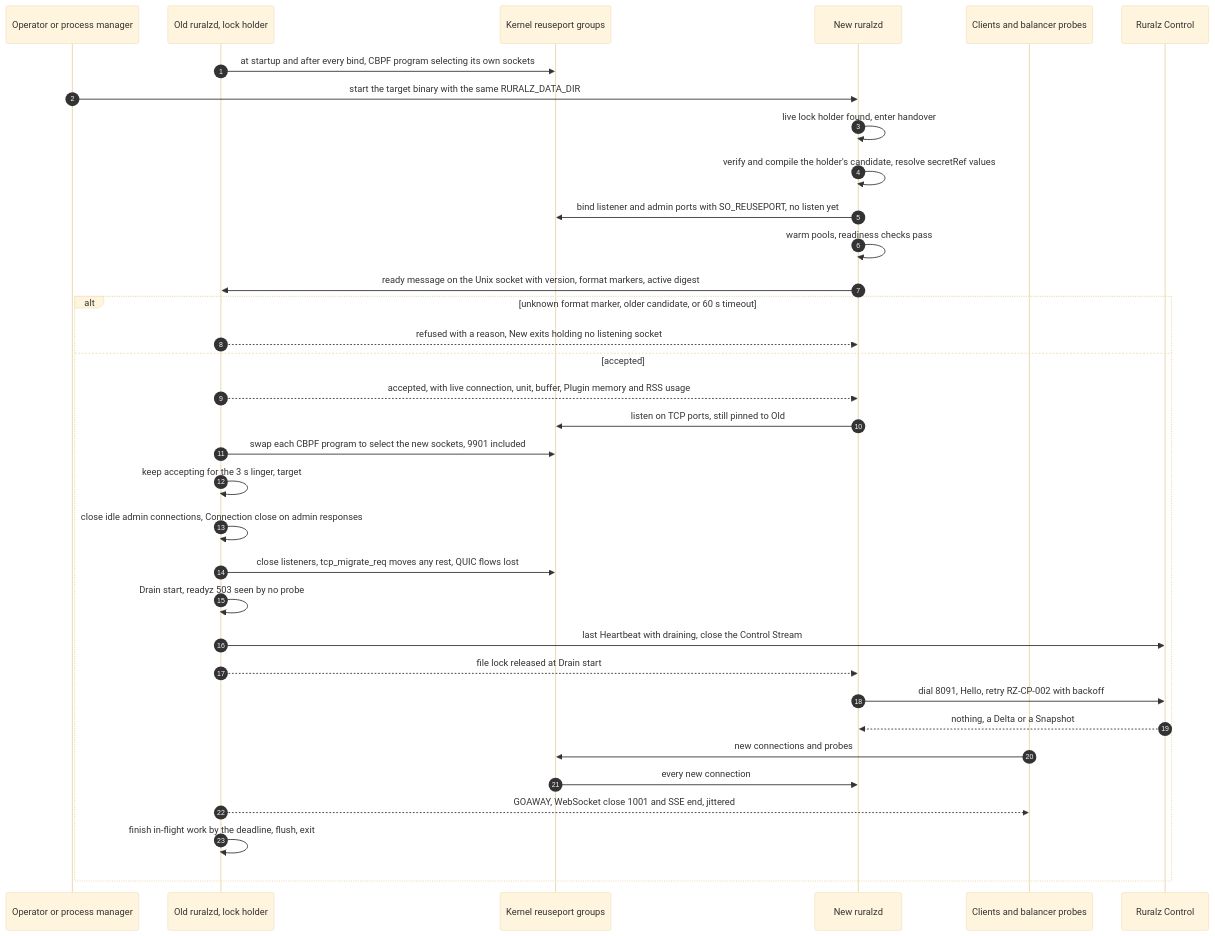
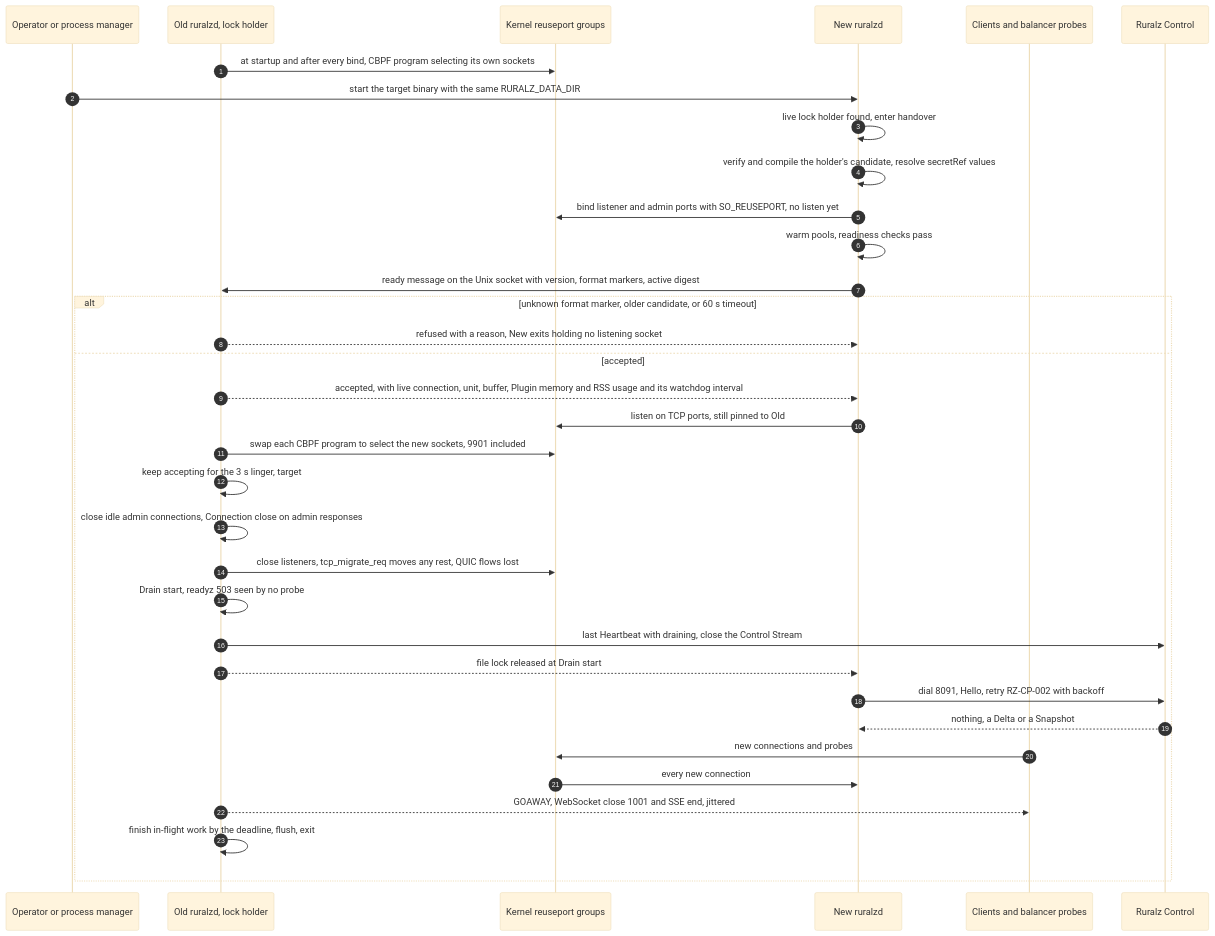
One commit to ravindu-rev/ruralz changed the first of 4 diagrams in docs/operations/02-zero-downtime-upgrades-and-hot-reload.md. Above: the diagram before and after it, drawn with Mermaid (base theme). The commit also changed other lines of this file, not shown here.

First line of the commit message:
docs(zero-downtime-upgrades-and-hot-reload): send the holder's watchdog interval in accepted

````diff
--- a/docs/operations/02-zero-downtime-upgrades-and-hot-reload.md
+++ b/docs/operations/02-zero-downtime-upgrades-and-hot-reload.md
@@ -128,36 +128,36 @@
 ```mermaid
 sequenceDiagram
     autonumber
     participant PM as Operator or process manager
     participant Old as Old ruralzd, lock holder
     participant K as Kernel reuseport groups
     participant New as New ruralzd
     participant C as Clients and balancer probes
     participant CT as Ruralz Control
     Old->>K: at startup and after every bind, CBPF program selecting its own sockets
     PM->>New: start the target binary with the same RURALZ_DATA_DIR
     New->>New: live lock holder found, enter handover
     New->>New: verify and compile the holder's candidate, resolve secretRef values
     New->>K: bind listener and admin ports with SO_REUSEPORT, no listen yet
     New->>New: warm pools, readiness checks pass
     New->>Old: ready message on the Unix socket with version, format markers, active digest
     alt unknown format marker, older candidate, or 60 s timeout
         Old-->>New: refused with a reason, New exits holding no listening socket
     else accepted
-        Old-->>New: accepted, with live connection, unit, buffer, Plugin memory and RSS usage
+        Old-->>New: accepted, with live connection, unit, buffer, Plugin memory and RSS usage and its watchdog interval
         New->>K: listen on TCP ports, still pinned to Old
         Old->>K: swap each CBPF program to select the new sockets, 9901 included
         Old->>Old: keep accepting for the 3 s linger, target
         Old->>Old: close idle admin connections, Connection close on admin responses
         Old->>K: close listeners, tcp_migrate_req moves any rest, QUIC flows lost
         Old->>Old: Drain start, readyz 503 seen by no probe
         Old->>CT: last Heartbeat with draining, close the Control Stream
         Old-->>New: file lock released at Drain start
         New->>CT: dial 8091, Hello, retry RZ-CP-002 with backoff
         CT-->>New: nothing, a Delta or a Snapshot
         C->>K: new connections and probes
         K->>New: every new connection
         Old-->>C: GOAWAY, WebSocket close 1001 and SSE end, jittered
         Old->>Old: finish in-flight work by the deadline, flush, exit
     end
 ```
````
